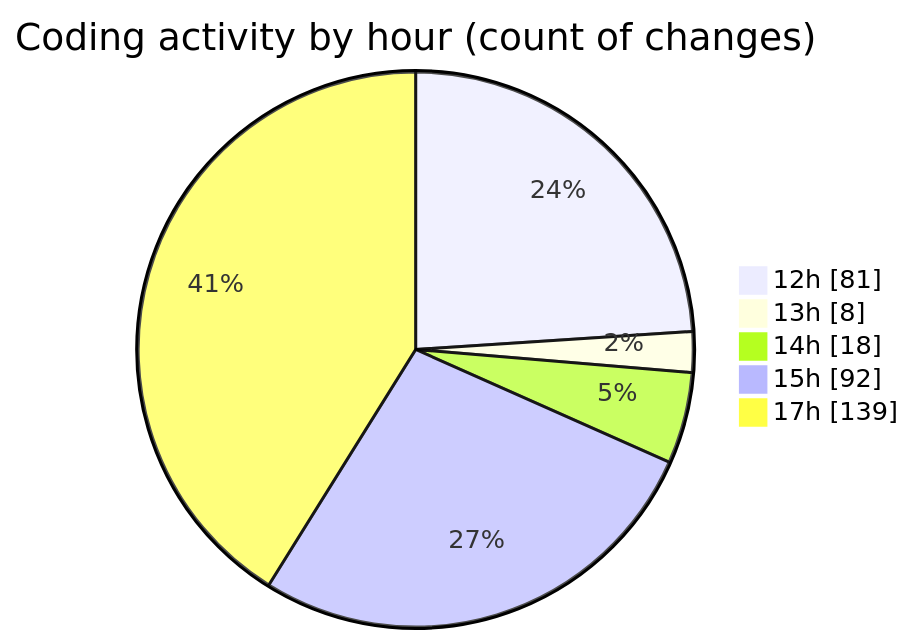
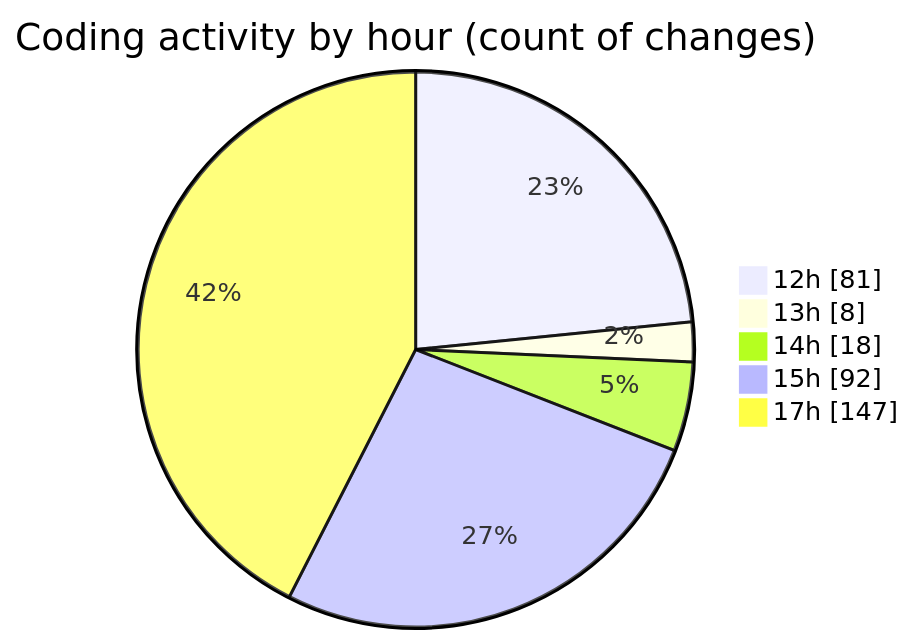
One commit to Ritupan-Deka/code-tracking changed the second of 2 diagrams in 2025-12-28/rust/README.md. Above: the diagram before and after it, drawn with Mermaid. The commit also changed other lines of this file and 1 other file, not shown here.

````diff
--- a/2025-12-28/rust/README.md
+++ b/2025-12-28/rust/README.md
@@ -30,9 +30,9 @@
 ```mermaid
 pie showData
 title Coding activity by hour (count of changes)
 "12h" : 81
 "13h" : 8
 "14h" : 18
 "15h" : 92
-"17h" : 139
+"17h" : 147
 ```
````
